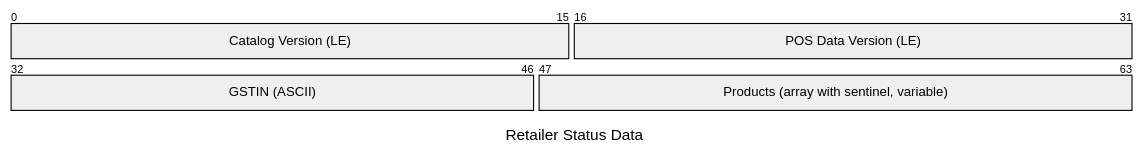
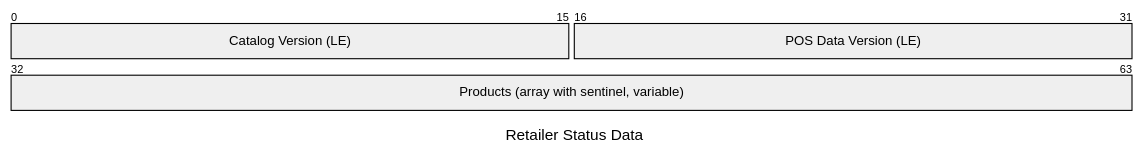
One commit to ssaha07/automatic-brocolli changed the second of 2 diagrams in doc/pos-data-specification.md. Above: the diagram before and after it, drawn with Mermaid. The commit also changed other lines of this file, not shown here.

Commit message:
doc: remove GSTIN, clarify endianness

````diff
--- a/doc/pos-data-specification.md
+++ b/doc/pos-data-specification.md
@@ -29,8 +29,7 @@
 ```mermaid
 packet
 title Retailer Status Data
 +16: "Catalog Version (LE)"
 +16: "POS Data Version (LE)"
-+15: "GSTIN (ASCII)"
-+17: "Products (array with sentinel, variable)"
++32: "Products (array with sentinel, variable)"
 ```
````
